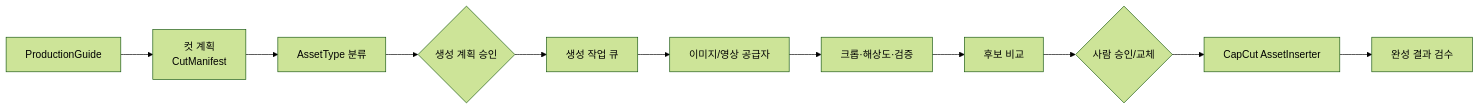
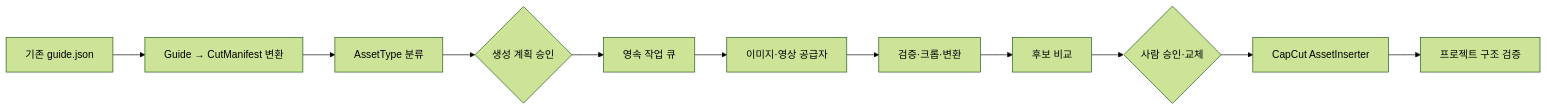
One commit to preisters/shortly changed the first of 2 diagrams in docs/generative-assets-extension-plan.md. Above: the diagram before and after it, drawn with Mermaid (forest theme). The commit also changed other lines of this file and 10 other files, not shown here.

Commit message:
docs: record product decisions and implementation roadmap

````diff
--- a/docs/generative-assets-extension-plan.md
+++ b/docs/generative-assets-extension-plan.md
@@ -12,13 +42,13 @@
 ```mermaid
 flowchart LR
-    GUIDE["ProductionGuide"] --> PLAN["컷 계획<br/>CutManifest"]
-    PLAN --> CLASSIFY["AssetType 분류"]
-    CLASSIFY --> APPROVE1{"생성 계획 승인"}
-    APPROVE1 --> QUEUE["생성 작업 큐"]
-    QUEUE --> GEN["이미지/영상 공급자"]
-    GEN --> POST["크롭·해상도·검증"]
+    GUIDE["기존 guide.json"] --> CONVERT["Guide → CutManifest 변환"]
+    CONVERT --> CLASSIFY["AssetType 분류"]
+    CLASSIFY --> PLAN_REVIEW{"생성 계획 승인"}
+    PLAN_REVIEW --> QUEUE["영속 작업 큐"]
+    QUEUE --> PROVIDER["이미지·영상 공급자"]
+    PROVIDER --> POST["검증·크롭·변환"]
     POST --> RANK["후보 비교"]
-    RANK --> APPROVE2{"사람 승인/교체"}
-    APPROVE2 --> INSERT["CapCut AssetInserter"]
-    INSERT --> REVIEW["완성 결과 검수"]
+    RANK --> REVIEW{"사람 승인·교체"}
+    REVIEW --> INSERT["CapCut AssetInserter"]
+    INSERT --> FINAL["프로젝트 구조 검증"]
 ```
````
